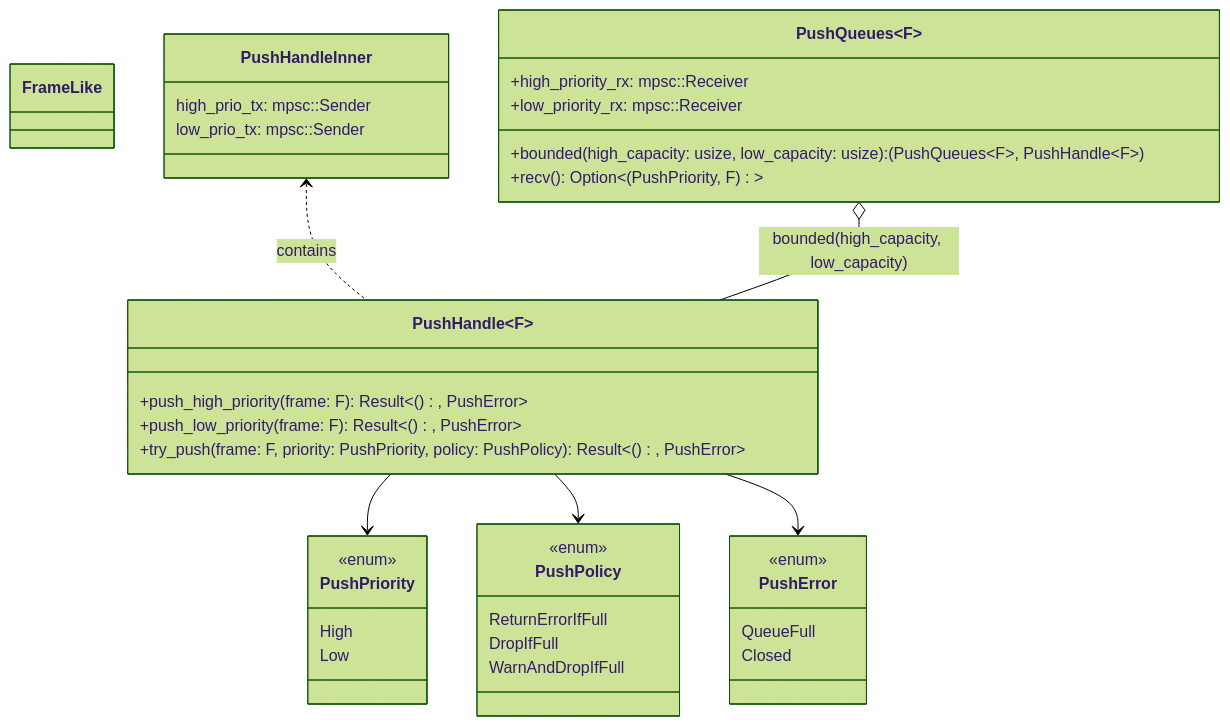
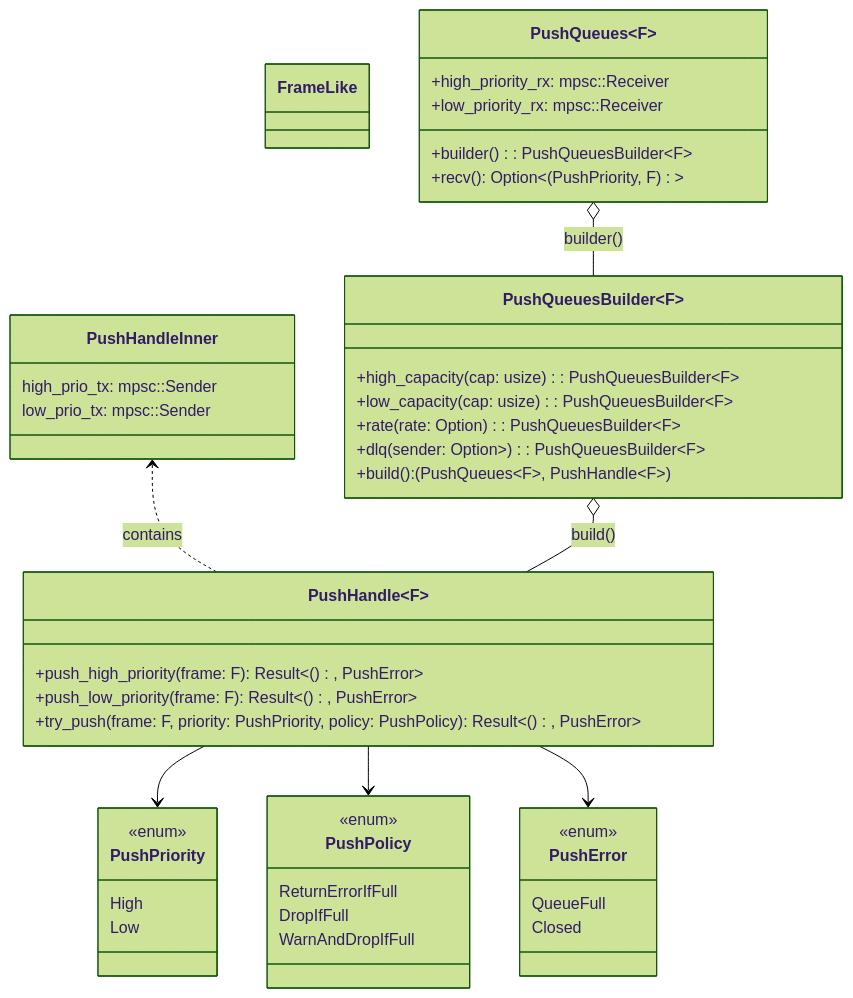
One commit to leynos/wireframe changed the fifth of 15 diagrams in docs/asynchronous-outbound-messaging-design.md. Above: the diagram before and after it, drawn with Mermaid (forest theme). The commit also changed 5 other files, not shown here.

````diff
--- a/docs/asynchronous-outbound-messaging-design.md
+++ b/docs/asynchronous-outbound-messaging-design.md
@@ -324,42 +324,50 @@
 ```mermaid
 classDiagram
     class FrameLike {
     }
     class PushPriority {
         <<enum>>
         High
         Low
     }
     class PushPolicy {
         <<enum>>
         ReturnErrorIfFull
         DropIfFull
         WarnAndDropIfFull
     }
     class PushError {
         <<enum>>
         QueueFull
         Closed
     }
     class PushHandleInner {
         high_prio_tx: mpsc::Sender<F>
         low_prio_tx: mpsc::Sender<F>
     }
     class PushHandle~F~ {
         +push_high_priority(frame: F): Result<(), PushError>
         +push_low_priority(frame: F): Result<(), PushError>
         +try_push(frame: F, priority: PushPriority, policy: PushPolicy): Result<(), PushError>
     }
     class PushQueues~F~ {
         +high_priority_rx: mpsc::Receiver<F>
         +low_priority_rx: mpsc::Receiver<F>
-        +bounded(high_capacity: usize, low_capacity: usize): (PushQueues~F~, PushHandle~F~)
+        +builder(): PushQueuesBuilder~F~
         +recv(): Option<(PushPriority, F)>
+    }
+    class PushQueuesBuilder~F~ {
+        +high_capacity(cap: usize): PushQueuesBuilder~F~
+        +low_capacity(cap: usize): PushQueuesBuilder~F~
+        +rate(rate: Option<usize>): PushQueuesBuilder~F~
+        +dlq(sender: Option<mpsc::Sender<F>>): PushQueuesBuilder~F~
+        +build(): (PushQueues~F~, PushHandle~F~)
     }
 
     PushHandleInner <.. PushHandle~F~ : contains
-    PushQueues~F~ o-- PushHandle~F~ : bounded(high_capacity, low_capacity)
+    PushQueues~F~ o-- PushQueuesBuilder~F~ : builder()
+    PushQueuesBuilder~F~ o-- PushHandle~F~ : build()
     PushHandle --> PushPriority
     PushHandle --> PushPolicy
     PushHandle --> PushError
 ```
````
